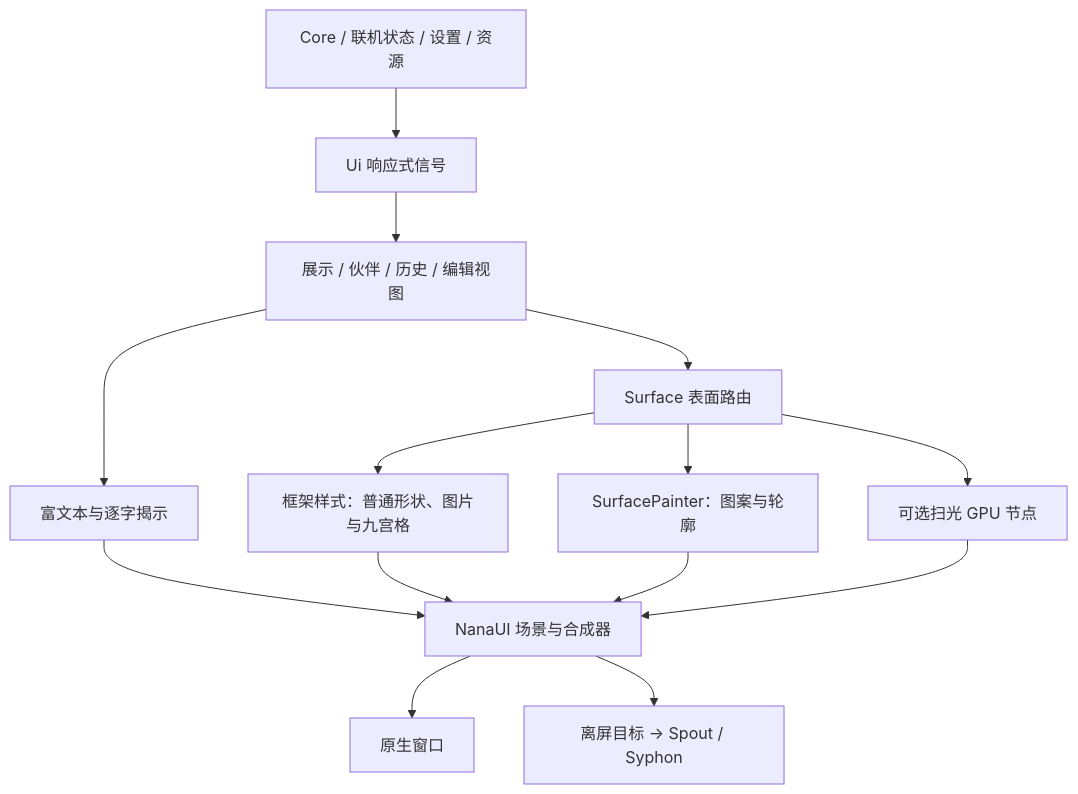
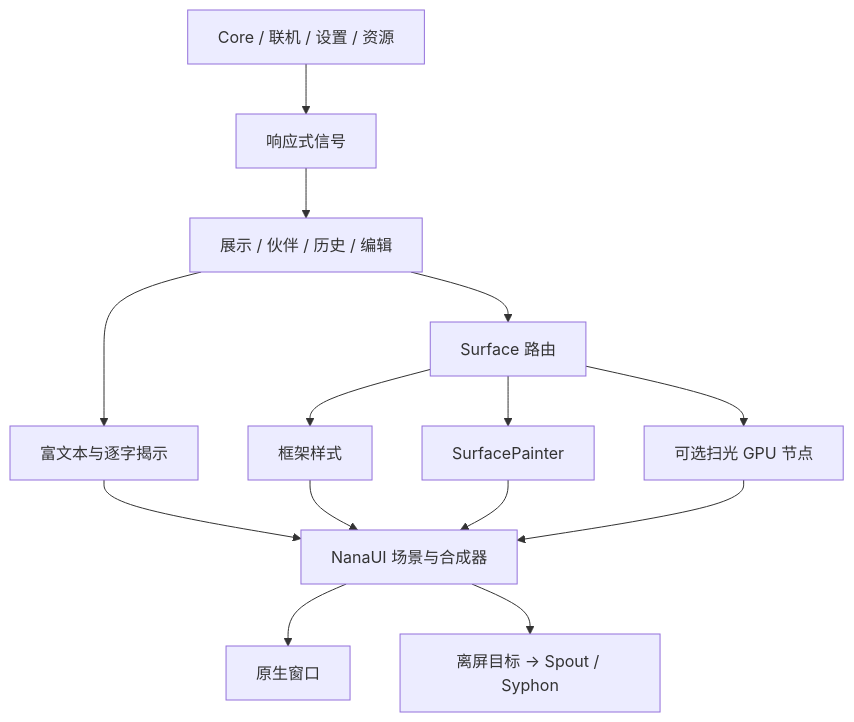
The diagram in docs/rendering-pipeline.md (sena-nana/NanaType), drawn with Mermaid before and after one commit. The commit also changed other lines of this file and 63 other files, not shown here.

````diff
--- a/docs/rendering-pipeline.md
+++ b/docs/rendering-pipeline.md
@@ -5,16 +5,16 @@
 ```mermaid
 flowchart TD
-    Core[Core / 联机状态 / 设置 / 资源] --> Ui[Ui 响应式信号]
-    Ui --> View[展示 / 伙伴 / 历史 / 编辑视图]
-    View --> Rich[富文本与逐字揭示]
-    View --> Surface[Surface 表面路由]
-    Surface --> Style[框架样式：普通形状、图片与九宫格]
-    Surface --> Painter[SurfacePainter：图案与轮廓]
-    Surface --> Sweep[可选扫光 GPU 节点]
-    Rich --> Scene[NanaUI 场景与合成器]
-    Style --> Scene
-    Painter --> Scene
-    Sweep --> Scene
-    Scene --> Window[原生窗口]
-    Scene --> Output[离屏目标 → Spout / Syphon]
+  Core[Core / 联机 / 设置 / 资源] --> Ui[响应式信号]
+  Ui --> View[展示 / 伙伴 / 历史 / 编辑]
+  View --> Rich[富文本与逐字揭示]
+  View --> Surface[Surface 路由]
+  Surface --> Style[框架样式]
+  Surface --> Painter[SurfacePainter]
+  Surface --> Sweep[可选扫光 GPU 节点]
+  Rich --> Scene[NanaUI 场景与合成器]
+  Style --> Scene
+  Painter --> Scene
+  Sweep --> Scene
+  Scene --> Window[原生窗口]
+  Scene --> Output[离屏目标 → Spout / Syphon]
 ```
````
